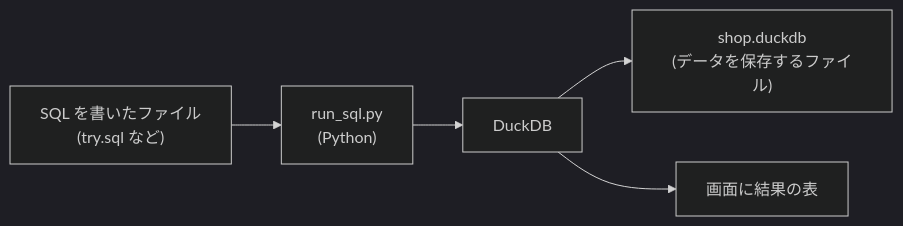
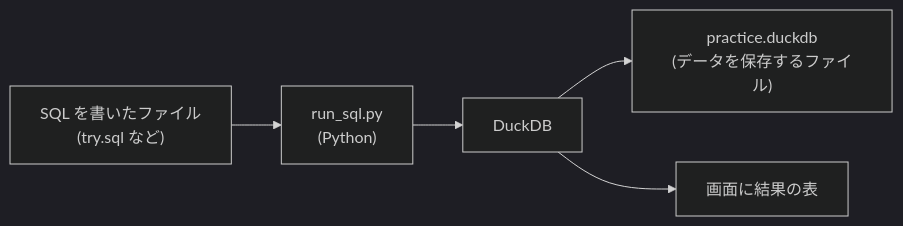
Before and after one commit to nebourocket/data-engineering-book: the diagram in book/start/s05-sql-1.md, drawn with Mermaid (dark theme). The commit also changed other lines of this file and 12 other files, not shown here.

Commit message:
fix(s05,s06): 修正ラウンド 1 (practice.duckdb・保存の案内・JOIN の落とし穴・NULL の並び・練習問題を追加)

````diff
--- a/book/start/s05-sql-1.md
+++ b/book/start/s05-sql-1.md
@@ -59,7 +59,7 @@
 ```mermaid
 flowchart LR
     A["SQL を書いたファイル\n(try.sql など)"] --> B["run_sql.py\n(Python)"]
     B --> C["DuckDB"]
-    C --> D["shop.duckdb\n(データを保存するファイル)"]
+    C --> D["practice.duckdb\n(データを保存するファイル)"]
     C --> E["画面に結果の表"]
 ```
````
